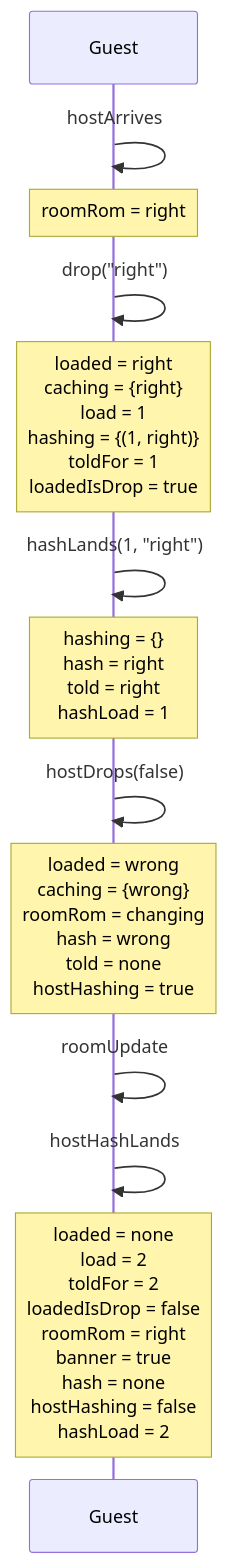
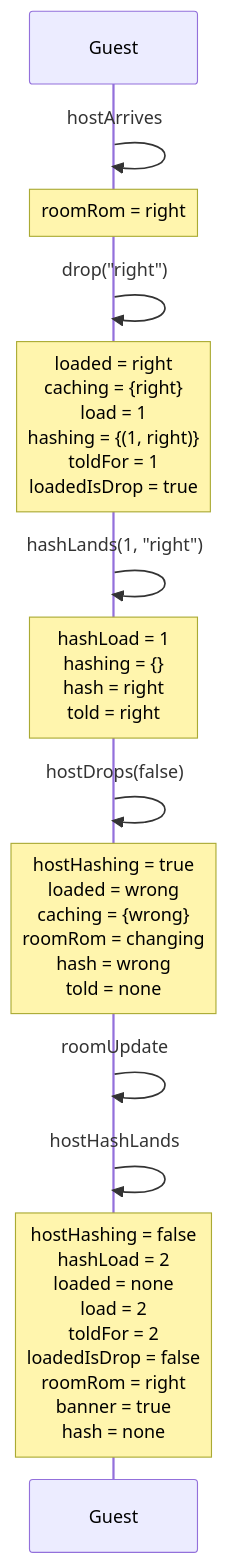
One commit to kwilson21/kaillera-next changed diagram 25 of 27 in docs/spec-traces.md. Above: the diagram before and after it, drawn with Mermaid. The commit also changed other lines of this file, not shown here.

````diff
--- a/docs/spec-traces.md
+++ b/docs/spec-traces.md
@@ -674,15 +674,15 @@
 ```mermaid
 sequenceDiagram
   participant Guest
   Guest->>Guest: hostArrives
   Note over Guest: roomRom = right
   Guest->>Guest: drop("right")
   Note over Guest: loaded = right<br/>caching = {right}<br/>load = 1<br/>hashing = {(1, right)}<br/>toldFor = 1<br/>loadedIsDrop = true
   Guest->>Guest: hashLands(1, "right")
-  Note over Guest: hashing = {}<br/>hash = right<br/>told = right<br/>hashLoad = 1
+  Note over Guest: hashLoad = 1<br/>hashing = {}<br/>hash = right<br/>told = right
   Guest->>Guest: hostDrops(false)
-  Note over Guest: loaded = wrong<br/>caching = {wrong}<br/>roomRom = changing<br/>hash = wrong<br/>told = none<br/>hostHashing = true
+  Note over Guest: hostHashing = true<br/>loaded = wrong<br/>caching = {wrong}<br/>roomRom = changing<br/>hash = wrong<br/>told = none
   Guest->>Guest: roomUpdate
   Guest->>Guest: hostHashLands
-  Note over Guest: loaded = none<br/>load = 2<br/>toldFor = 2<br/>loadedIsDrop = false<br/>roomRom = right<br/>banner = true<br/>hash = none<br/>hostHashing = false<br/>hashLoad = 2
+  Note over Guest: hostHashing = false<br/>hashLoad = 2<br/>loaded = none<br/>load = 2<br/>toldFor = 2<br/>loadedIsDrop = false<br/>roomRom = right<br/>banner = true<br/>hash = none
 ```
````
